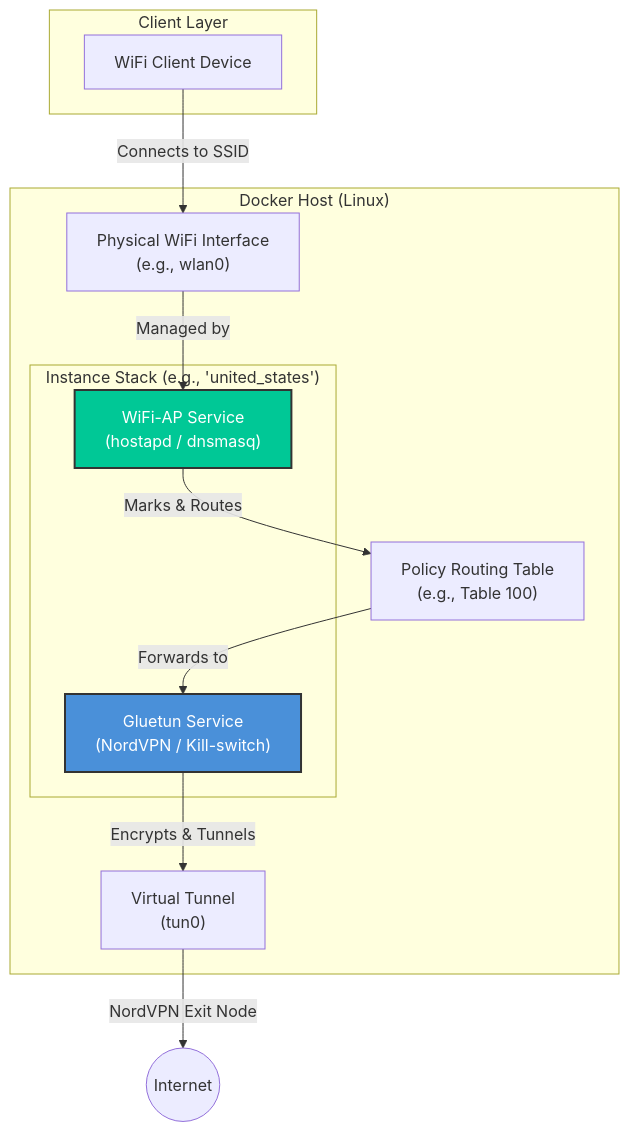
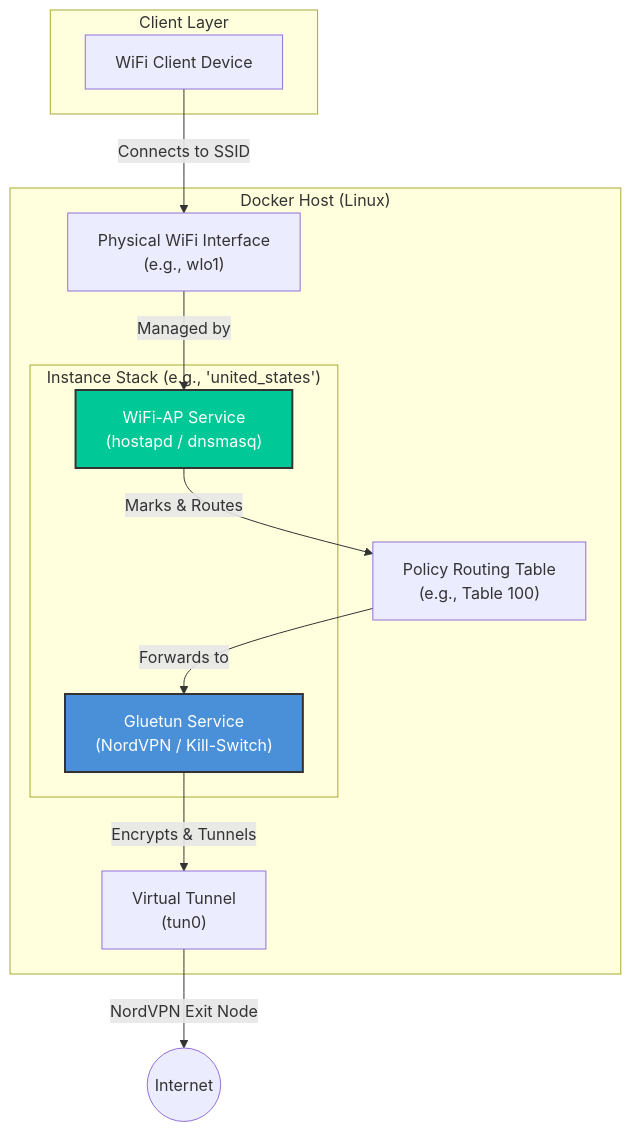
One commit to virajt71/nordvpn_ap changed the diagram in README.md. Above: the diagram before and after it, drawn with Mermaid. The commit also changed other lines of this file, not shown here.

````diff
--- a/README.md
+++ b/README.md
@@ -29,27 +29,27 @@
 ```mermaid
 graph TD
     subgraph "Client Layer"
         C[WiFi Client Device]
     end
 
     subgraph "Docker Host (Linux)"
         subgraph "Instance Stack (e.g., 'united_states')"
             AP["WiFi-AP Service<br/>(hostapd / dnsmasq)"]
-            GT["Gluetun Service<br/>(NordVPN / Kill-switch)"]
+            GT["Gluetun Service<br/>(NordVPN / Kill-Switch)"]
         end
 
-        WIFI["Physical WiFi Interface<br/>(e.g., wlan0)"]
+        WIFI["Physical WiFi Interface<br/>(e.g., wlo1)"]
         RT["Policy Routing Table<br/>(e.g., Table 100)"]
         TUN["Virtual Tunnel<br/>(tun0)"]
     end
 
     C -- Connects to SSID --> WIFI
     WIFI -- Managed by --> AP
     AP -- "Marks & Routes" --> RT
     RT -- "Forwards to" --> GT
     GT -- "Encrypts & Tunnels" --> TUN
     TUN -- "NordVPN Exit Node" --> Internet((Internet))
 
     style GT fill:#4a90d9,stroke:#333,stroke-width:2px,color:#fff
     style AP fill:#00c896,stroke:#333,stroke-width:2px,color:#fff
 ```
````
